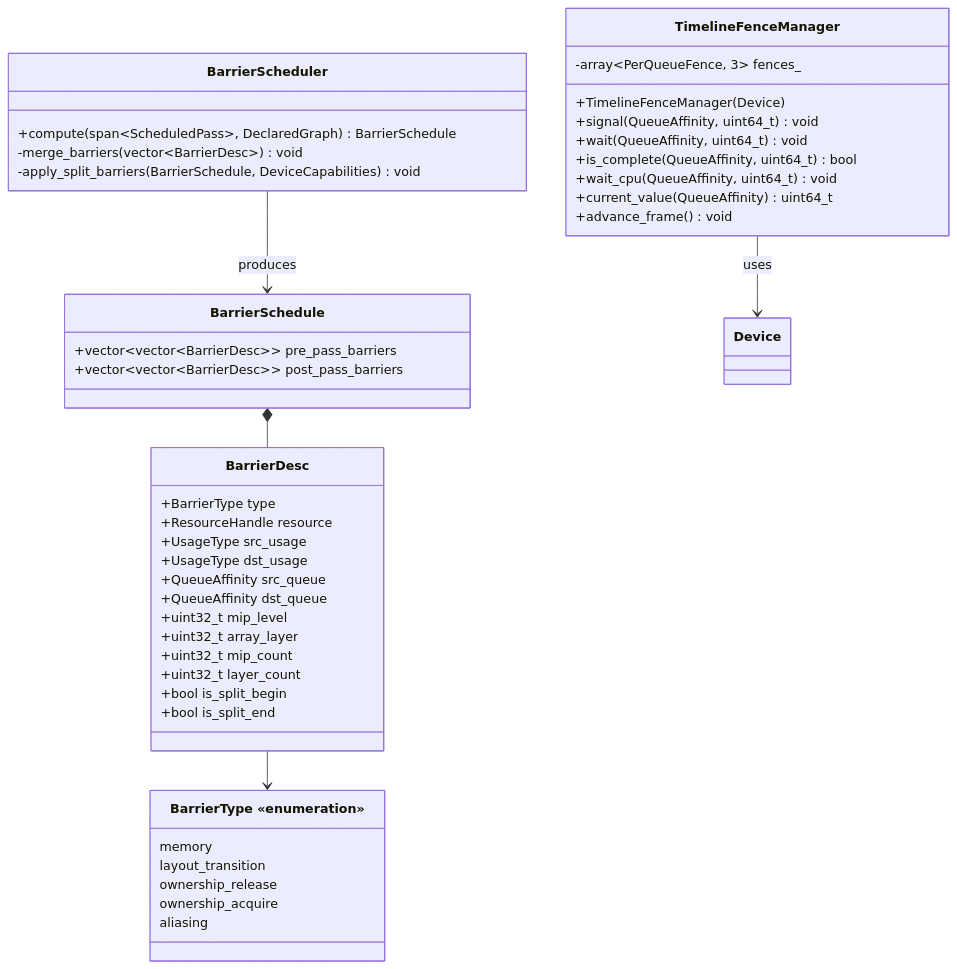
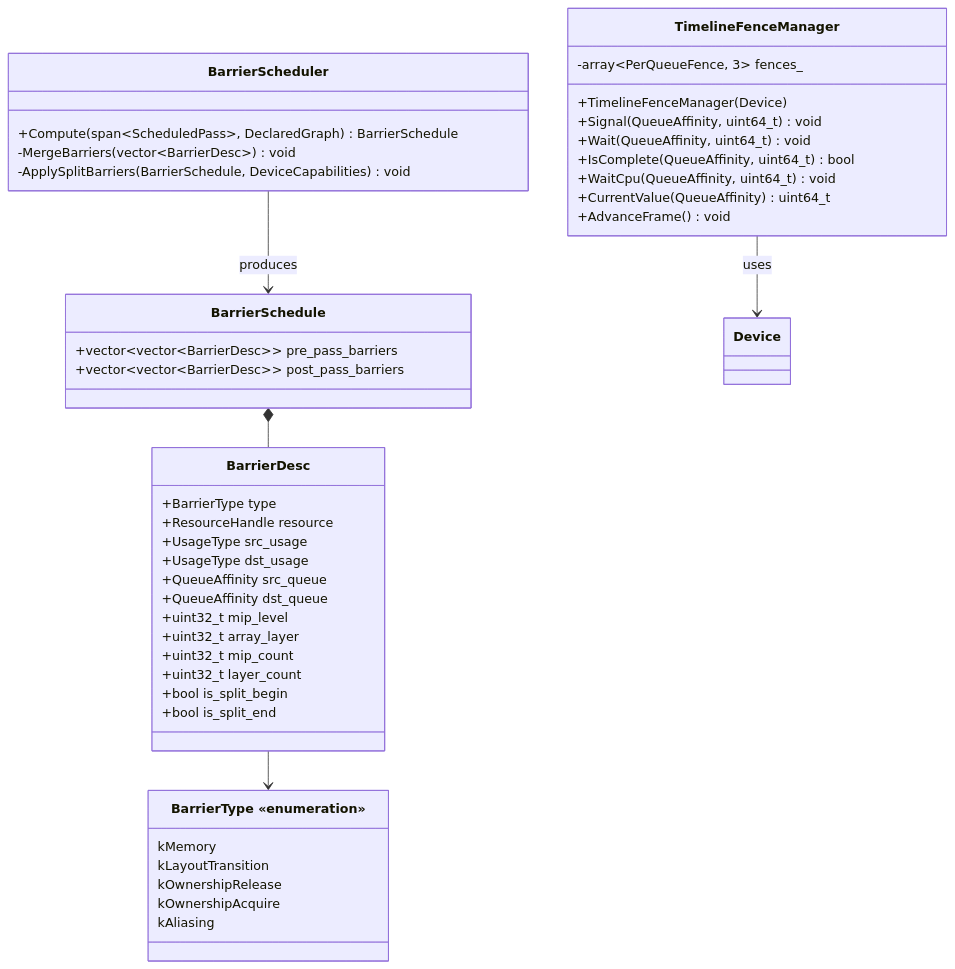
Before and after one commit to harmonius-dev/harmonius: the fifth of 15 diagrams in docs/design/render-graph-classes.md, drawn with Mermaid. The commit also changed other lines of this file and 67 other files, not shown here.

````diff
--- a/docs/design/render-graph-classes.md
+++ b/docs/design/render-graph-classes.md
@@ -506,48 +506,48 @@
 ```mermaid
 classDiagram
     class BarrierScheduler {
-        +compute(span~ScheduledPass~, DeclaredGraph) BarrierSchedule
-        -merge_barriers(vector~BarrierDesc~) void
-        -apply_split_barriers(BarrierSchedule, DeviceCapabilities) void
+        +Compute(span~ScheduledPass~, DeclaredGraph) BarrierSchedule
+        -MergeBarriers(vector~BarrierDesc~) void
+        -ApplySplitBarriers(BarrierSchedule, DeviceCapabilities) void
     }
     class BarrierSchedule {
         +vector~vector~BarrierDesc~~ pre_pass_barriers
         +vector~vector~BarrierDesc~~ post_pass_barriers
     }
     class TimelineFenceManager {
         +TimelineFenceManager(Device)
-        +signal(QueueAffinity, uint64_t) void
-        +wait(QueueAffinity, uint64_t) void
-        +is_complete(QueueAffinity, uint64_t) bool
-        +wait_cpu(QueueAffinity, uint64_t) void
-        +current_value(QueueAffinity) uint64_t
-        +advance_frame() void
+        +Signal(QueueAffinity, uint64_t) void
+        +Wait(QueueAffinity, uint64_t) void
+        +IsComplete(QueueAffinity, uint64_t) bool
+        +WaitCpu(QueueAffinity, uint64_t) void
+        +CurrentValue(QueueAffinity) uint64_t
+        +AdvanceFrame() void
         -array~PerQueueFence, 3~ fences_
     }
     class BarrierDesc {
         +BarrierType type
         +ResourceHandle resource
         +UsageType src_usage
         +UsageType dst_usage
         +QueueAffinity src_queue
         +QueueAffinity dst_queue
         +uint32_t mip_level
         +uint32_t array_layer
         +uint32_t mip_count
         +uint32_t layer_count
         +bool is_split_begin
         +bool is_split_end
     }
     class BarrierType["BarrierType «enumeration»"] {
-        memory
-        layout_transition
-        ownership_release
-        ownership_acquire
-        aliasing
+        kMemory
+        kLayoutTransition
+        kOwnershipRelease
+        kOwnershipAcquire
+        kAliasing
     }
 
     BarrierScheduler --> BarrierSchedule : produces
     BarrierSchedule *-- BarrierDesc
     BarrierDesc --> BarrierType
     TimelineFenceManager --> Device : uses
 ```
````
